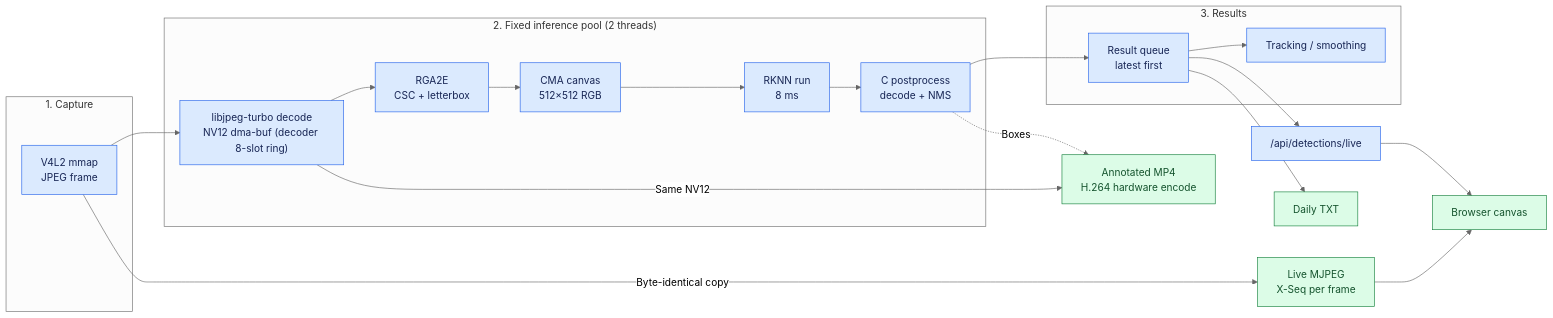
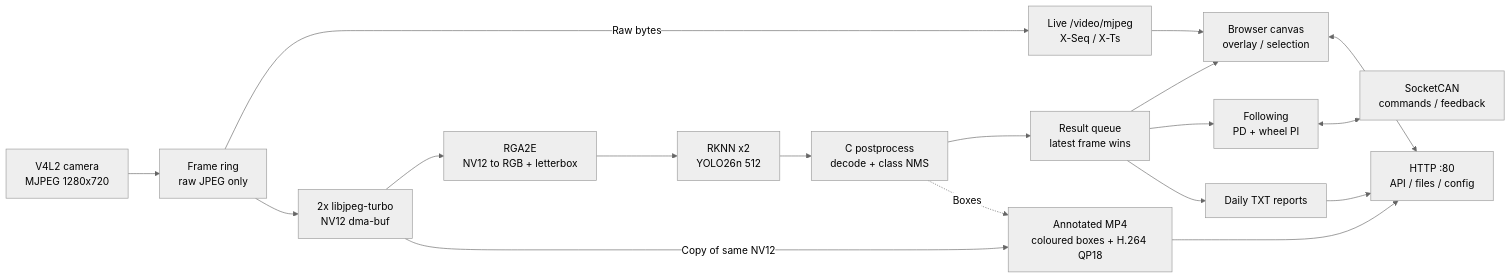
The second of 2 diagrams in README.md (qianruo-orange/autonomous-driving-car), drawn with Mermaid (neutral theme) before and after one commit. The commit also changed other lines of this file, not shown here.

````diff
--- a/README.md
+++ b/README.md
@@ -455,28 +434,20 @@
 ```mermaid
 flowchart LR
-    subgraph Capture["1. Capture"]
-        Raw["V4L2 mmap<br/>JPEG frame"]
-    end
-    subgraph Infer["2. Fixed inference pool (2 threads)"]
-        Nv12["libjpeg-turbo decode<br/>NV12 dma-buf (decoder 8-slot ring)"] --> Rga["RGA2E<br/>CSC + letterbox"]
-        Rga --> Canvas["CMA canvas<br/>512×512 RGB"]
-        Canvas --> Npu["RKNN run<br/>8 ms"]
-        Npu --> Post["C postprocess<br/>decode + NMS"]
-    end
-    subgraph Render["3. Results"]
-        Latest["Result queue<br/>latest first"] --> Track["Tracking / smoothing"]
-    end
-    Raw --> Nv12
-    Post --> Latest
-    Raw -->|Byte-identical copy| Live["Live MJPEG<br/>X-Seq per frame"]
-    Nv12 -->|Same NV12| Annot["Annotated MP4<br/>H.264 hardware encode"]
-    Post -.->|Boxes| Annot
-    Latest --> Api["/api/detections/live"]
-    Api --> Browser["Browser canvas"]
+    Cam["V4L2 camera<br/>MJPEG 1280x720"] --> Ring["Frame ring<br/>raw JPEG only"]
+    Ring -->|Raw bytes| Live["Live /video/mjpeg<br/>X-Seq / X-Ts"]
+    Ring --> Dec["2x libjpeg-turbo<br/>NV12 dma-buf"]
+    Dec --> Rga["RGA2E<br/>NV12 to RGB + letterbox"]
+    Rga --> Npu["RKNN x2<br/>YOLO26n 512"]
+    Npu --> Post["C postprocess<br/>decode + class NMS"]
+    Post --> Res["Result queue<br/>latest frame wins"]
+    Dec -->|Copy of same NV12| Rec["Annotated MP4<br/>coloured boxes + H.264 QP18"]
+    Post -.->|Boxes| Rec
+    Res --> Browser["Browser canvas<br/>overlay / selection"]
     Live --> Browser
-    Latest --> Reports["Daily TXT"]
-    classDef process fill:#dbeafe,stroke:#2563eb,color:#172554
-    classDef output fill:#dcfce7,stroke:#15803d,color:#14532d
-    class Raw,Nv12,Rga,Canvas,Npu,Post,Latest,Track,Api process
-    class Live,Annot,Browser,Reports output
+    Res --> Track["Following<br/>PD + wheel PI"]
+    Track <--> CAN["SocketCAN<br/>commands / feedback"]
+    Res --> Reports["Daily TXT reports"]
+    Browser <--> HTTP["HTTP :80<br/>API / files / config"]
+    Reports --> HTTP
+    Rec --> HTTP
 ```
````
